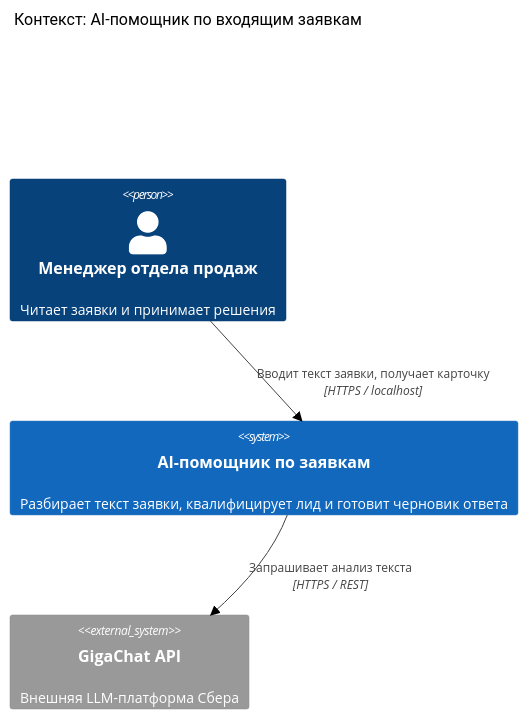
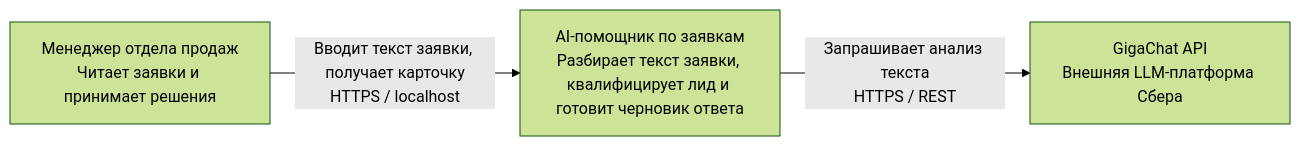
Before and after one commit to MatveiV/OrdersProcPersDataBtrx: the first of 3 diagrams in README.md, drawn with Mermaid (forest theme). The commit also changed other lines of this file, not shown here.

Commit message:
Fix Mermaid diagrams for GitHub rendering

````diff
--- a/README.md
+++ b/README.md
@@ -228,11 +228,9 @@
 ```mermaid
-C4Context
-  title Контекст: AI-помощник по входящим заявкам
+flowchart LR
+    manager["Менеджер отдела продаж<br/>Читает заявки и принимает решения"]
+    app["AI-помощник по заявкам<br/>Разбирает текст заявки, квалифицирует лид и готовит черновик ответа"]
+    gigachat["GigaChat API<br/>Внешняя LLM-платформа Сбера"]
 
-  Person(manager, "Менеджер отдела продаж", "Читает заявки и принимает решения")
-  System(app, "AI-помощник по заявкам", "Разбирает текст заявки, квалифицирует лид и готовит черновик ответа")
-  System_Ext(gigachat, "GigaChat API", "Внешняя LLM-платформа Сбера")
-
-  Rel(manager, app, "Вводит текст заявки, получает карточку", "HTTPS / localhost")
-  Rel(app, gigachat, "Запрашивает анализ текста", "HTTPS / REST")
+    manager -->|"Вводит текст заявки, получает карточку<br/>HTTPS / localhost"| app
+    app -->|"Запрашивает анализ текста<br/>HTTPS / REST"| gigachat
 ```
````
